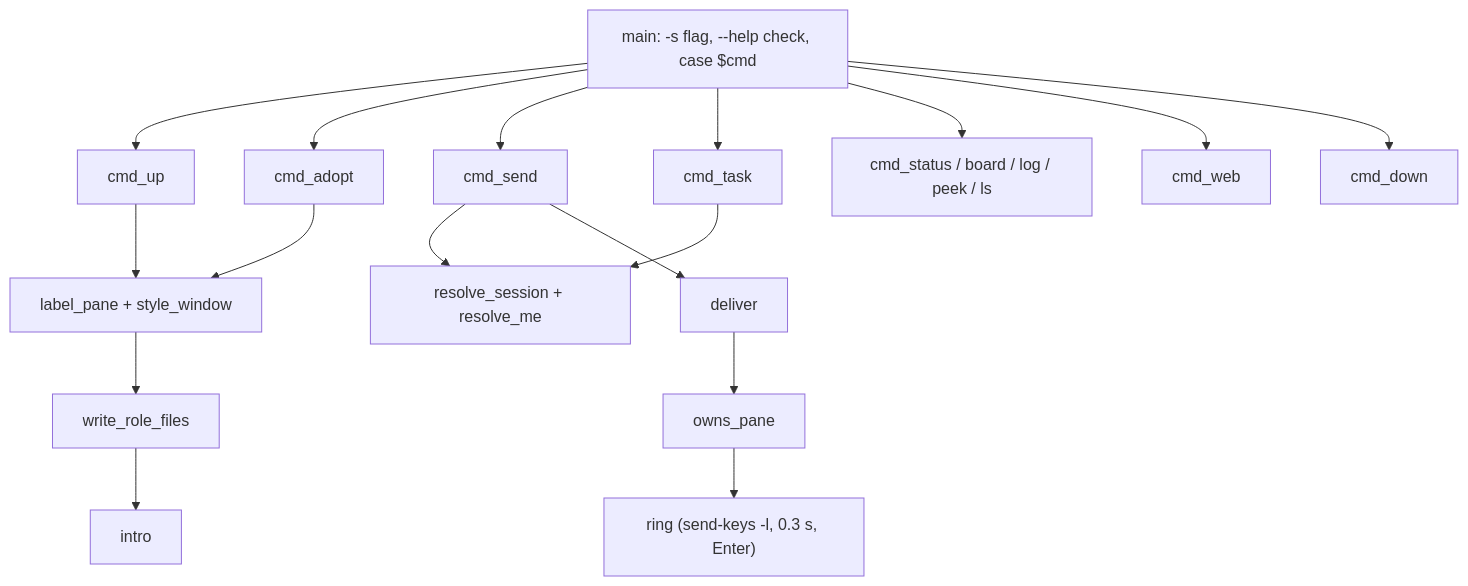
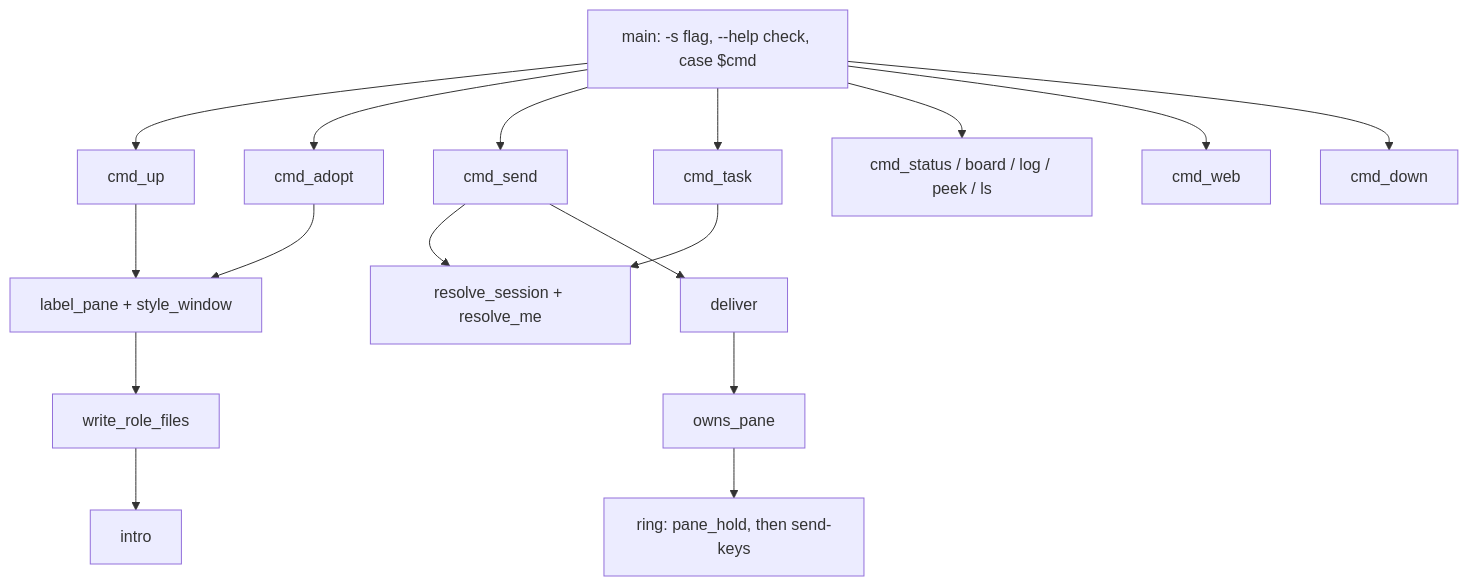
The diagram in lode/cli/summary.md (mifwar/crew), drawn with Mermaid before and after one commit. The commit also changed other lines of this file and 14 other files, not shown here.

First line of the commit message:
Merge pull request #9 from mifwar/fix/ring-hold

````diff
--- a/lode/cli/summary.md
+++ b/lode/cli/summary.md
@@ -31,7 +33,7 @@
 ```mermaid
 flowchart TD
   main["main: -s flag, --help check, case $cmd"] --> up[cmd_up] & adopt[cmd_adopt] & send[cmd_send] & task[cmd_task] & view["cmd_status / board / log / peek / ls"] & web[cmd_web] & down[cmd_down]
   send & task --> resolve["resolve_session + resolve_me"]
-  send --> deliver --> owns[owns_pane] --> ring["ring (send-keys -l, 0.3 s, Enter)"]
+  send --> deliver --> owns[owns_pane] --> ringw["ring: pane_hold, then send-keys"]
   up & adopt --> label[label_pane + style_window] --> roles[write_role_files] --> intro
 ```
````
